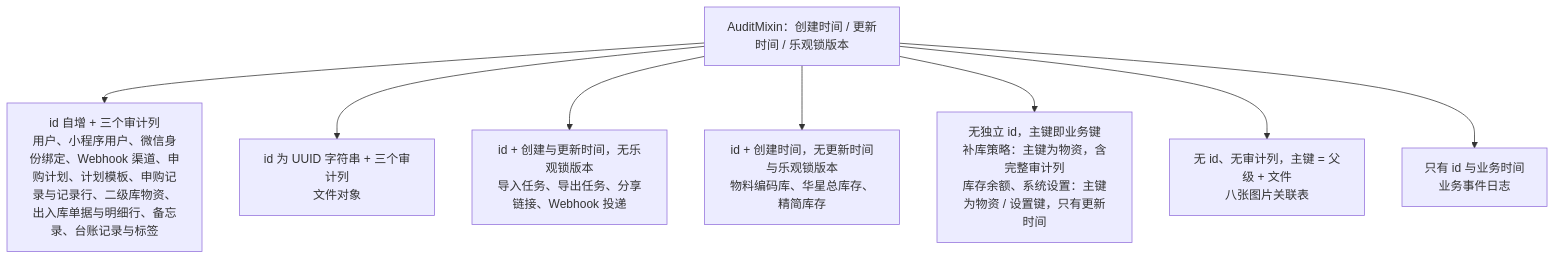
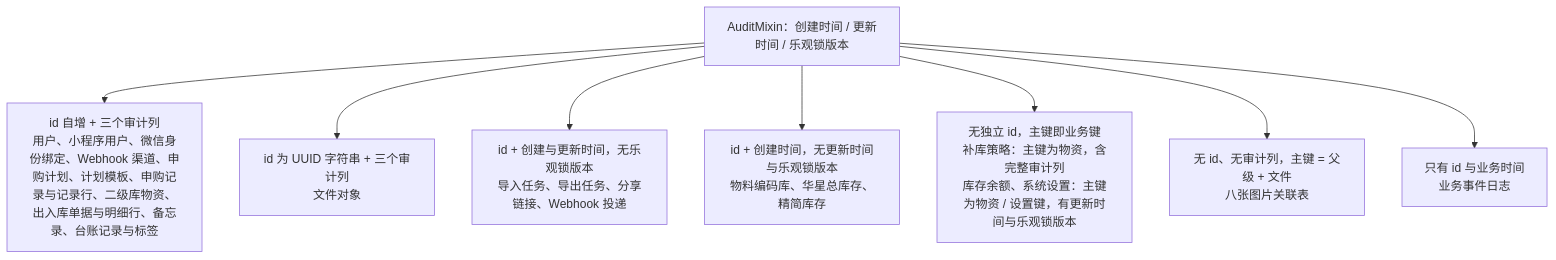
The third of 20 diagrams in docs/websites/pages/dev-data-model.md (Sakana-1314/Electrical-Manager), drawn with Mermaid before and after one commit. The commit also changed other lines of this file and 7 other files, not shown here.

````diff
--- a/docs/websites/pages/dev-data-model.md
+++ b/docs/websites/pages/dev-data-model.md
@@ -90,11 +90,11 @@
 ```mermaid
 flowchart TD
     M["AuditMixin：创建时间 / 更新时间 / 乐观锁版本"]
     M --> A["id 自增 + 三个审计列<br/>用户、小程序用户、微信身份绑定、Webhook 渠道、申购计划、计划模板、申购记录与记录行、二级库物资、出入库单据与明细行、备忘录、台账记录与标签"]
     M --> B["id 为 UUID 字符串 + 三个审计列<br/>文件对象"]
     M --> C["id + 创建与更新时间，无乐观锁版本<br/>导入任务、导出任务、分享链接、Webhook 投递"]
     M --> D["id + 创建时间，无更新时间与乐观锁版本<br/>物料编码库、华星总库存、精简库存"]
-    M --> E["无独立 id，主键即业务键<br/>补库策略：主键为物资，含完整审计列<br/>库存余额、系统设置：主键为物资 / 设置键，只有更新时间"]
+    M --> E["无独立 id，主键即业务键<br/>补库策略：主键为物资，含完整审计列<br/>库存余额、系统设置：主键为物资 / 设置键，有更新时间与乐观锁版本"]
     M --> F["无 id、无审计列，主键 = 父级 + 文件<br/>八张图片关联表"]
     M --> G["只有 id 与业务时间<br/>业务事件日志"]
 ```
````
